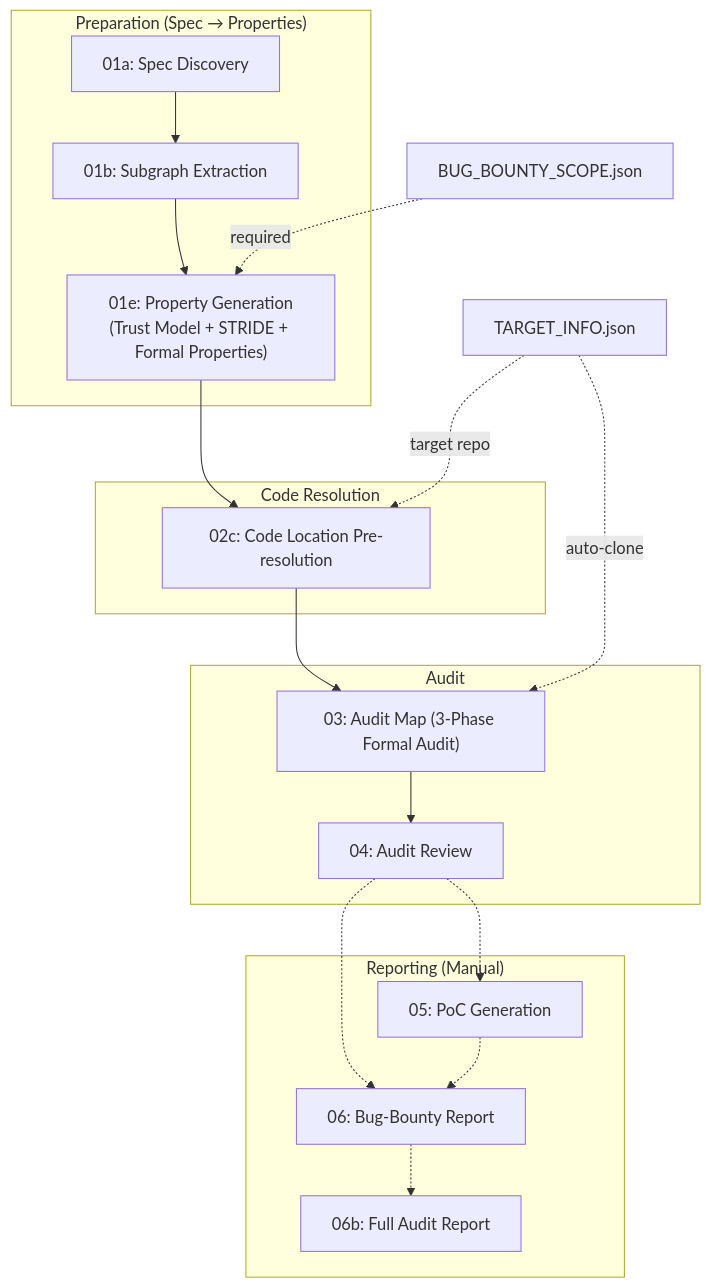
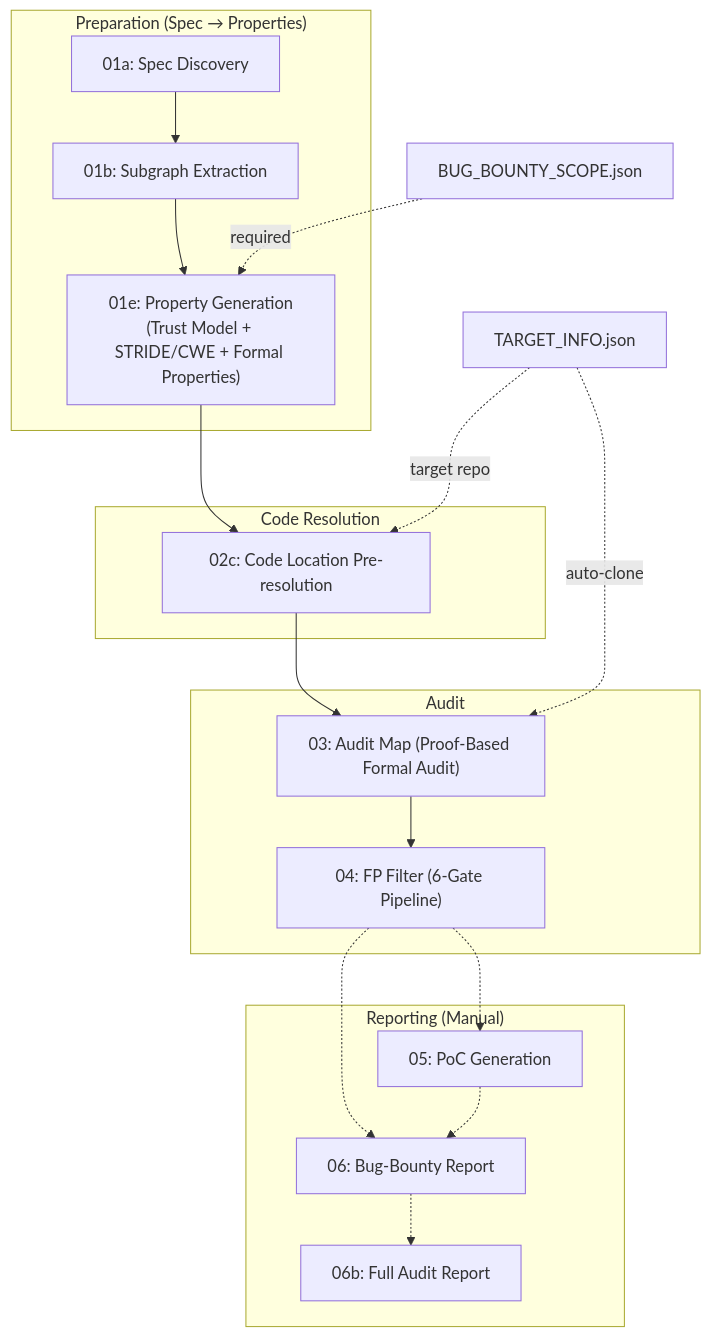
Before and after one commit to Meta-Develop/speca_for_codex: the diagram in README.md, drawn with Mermaid. The commit also changed other lines of this file and 2 other files, not shown here.

````diff
--- a/README.md
+++ b/README.md
@@ -39,27 +39,27 @@
 ```mermaid
 flowchart TB
     subgraph "Preparation (Spec → Properties)"
         A["01a: Spec Discovery"] --> B["01b: Subgraph Extraction"]
-        B --> E["01e: Property Generation<br/>(Trust Model + STRIDE + Formal Properties)"]
+        B --> E["01e: Property Generation<br/>(Trust Model + STRIDE/CWE + Formal Properties)"]
     end
 
     subgraph "Code Resolution"
         E --> F["02c: Code Location Pre-resolution"]
     end
 
     subgraph "Audit"
-        F --> G["03: Audit Map (3-Phase Formal Audit)"]
-        G --> H["04: Audit Review"]
+        F --> G["03: Audit Map (Proof-Based Formal Audit)"]
+        G --> H["04: FP Filter (6-Gate Pipeline)"]
     end
 
     subgraph "Reporting (Manual)"
         H -.-> I["05: PoC Generation"]
         H -.-> J["06: Bug-Bounty Report"]
         I -.-> J
         J -.-> K["06b: Full Audit Report"]
     end
 
     BBS["BUG_BOUNTY_SCOPE.json"] -.->|required| E
     TI["TARGET_INFO.json"] -.->|target repo| F
     TI -.->|auto-clone| G
 ```
````
